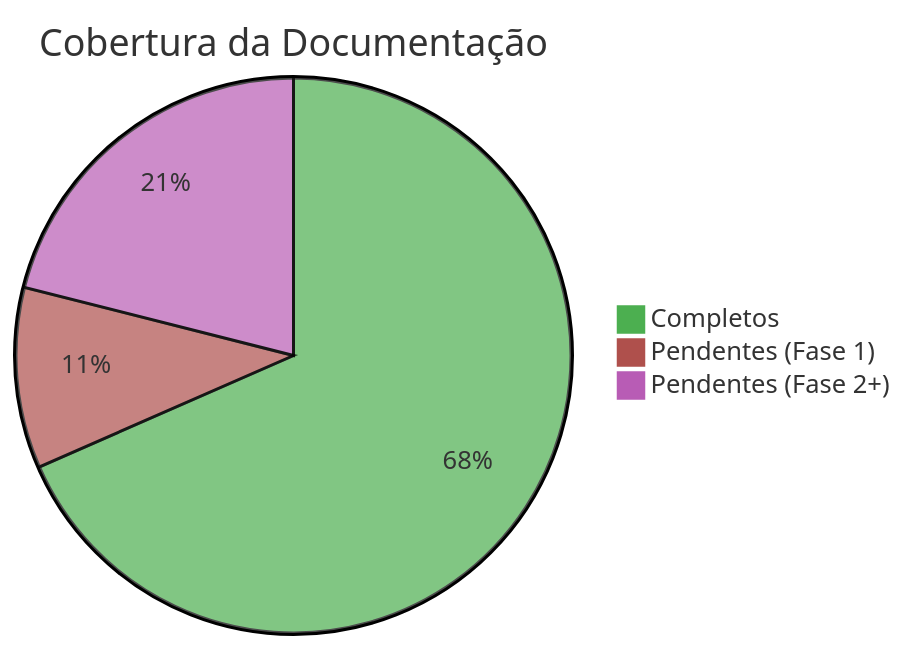
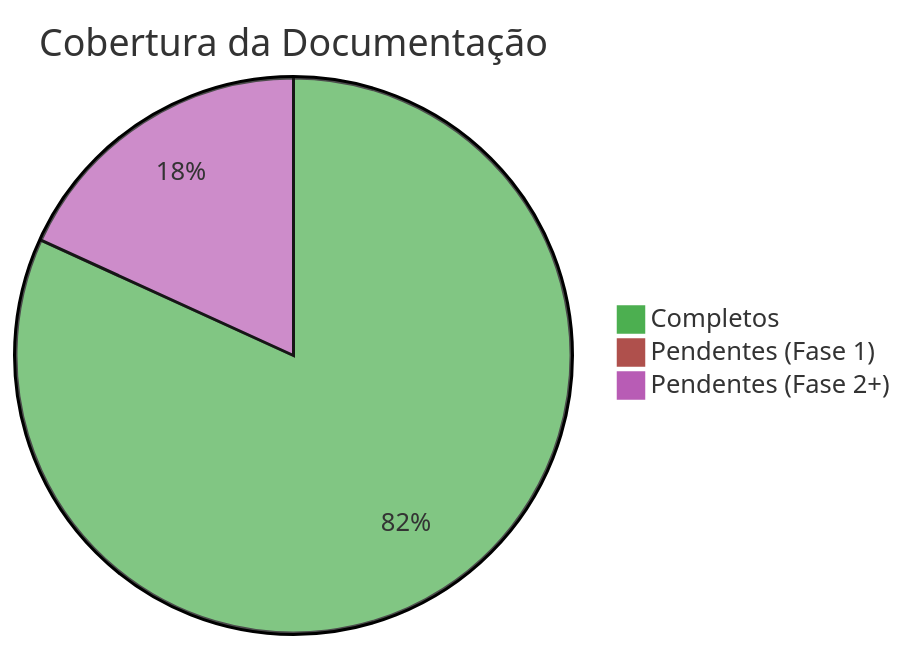
The first of 3 diagrams in docs/DASHBOARD.md (LAMP-LUCAS/fotonPDF), drawn with Mermaid before and after one commit. The commit also changed other lines of this file and 11 other files, not shown here.

````diff
--- a/docs/DASHBOARD.md
+++ b/docs/DASHBOARD.md
@@ -7,7 +7,7 @@
 ```mermaid
 %%{init: {'theme':'base', 'themeVariables': { 'primaryColor':'#4CAF50'}}}%%
 pie title Cobertura da Documentação
-    "Completos" : 13
-    "Pendentes (Fase 1)" : 2
+    "Completos" : 18
+    "Pendentes (Fase 1)" : 0
     "Pendentes (Fase 2+)" : 4
 ```
````
